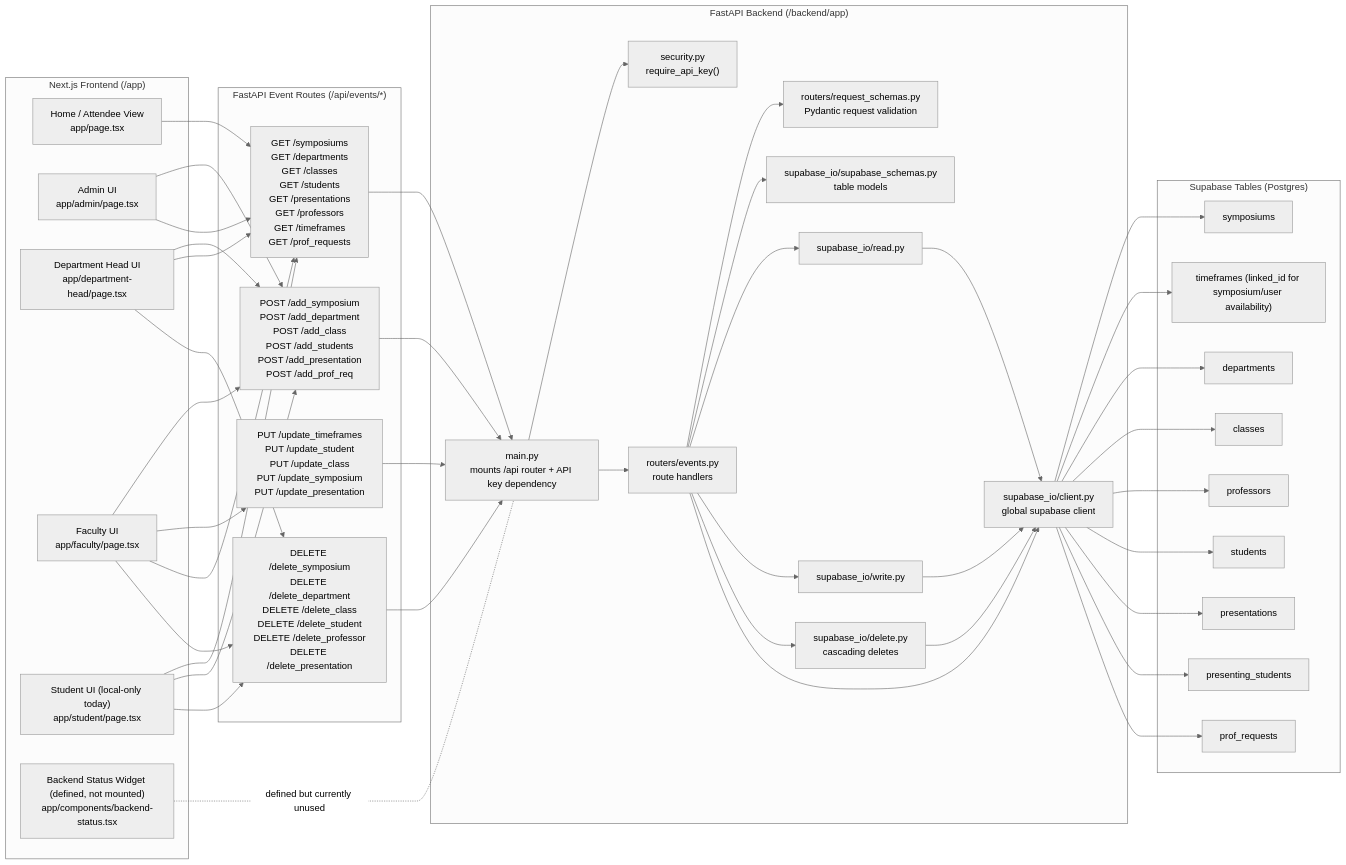
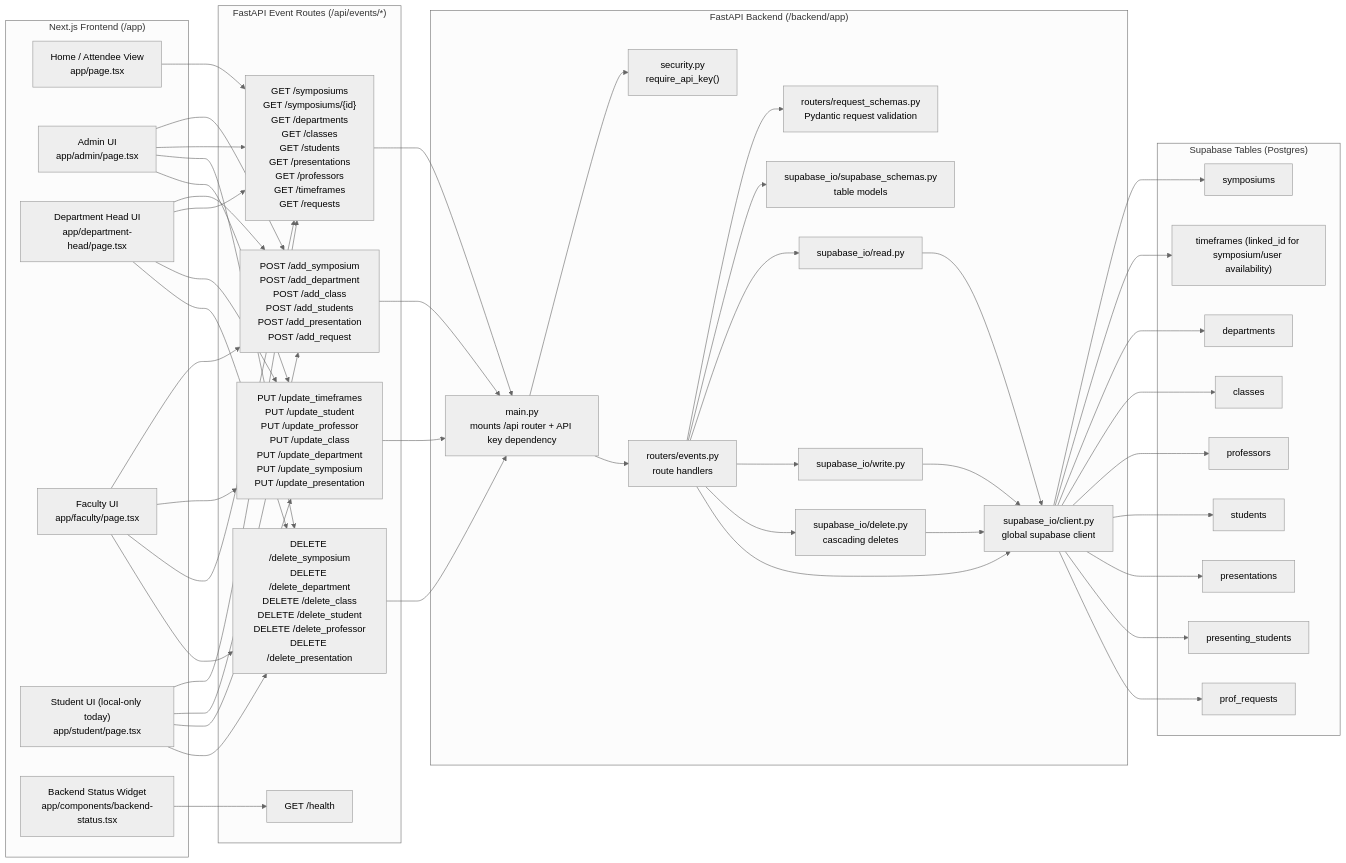
One commit to occscheduler-blip/conference-scheduler changed the diagram in docs/structural_diagram.md. Above: the diagram before and after it, drawn with Mermaid (neutral theme). The commit also changed 2 other files, not shown here.

Commit message:
updated structural diagram and added an image of the database diagram

```diff
--- a/docs/structural_diagram.md
+++ b/docs/structural_diagram.md
@@ -9,14 +9,15 @@
     DeptHead["Department Head UI<br/>app/department-head/page.tsx"]
     Faculty["Faculty UI<br/>app/faculty/page.tsx"]
     Student["Student UI (local-only today)<br/>app/student/page.tsx"]
-    HealthWidget["Backend Status Widget (defined, not mounted)<br/>app/components/backend-status.tsx"]
+    HealthWidget["Backend Status Widget<br/>app/components/backend-status.tsx"]
   end
 
   subgraph EP["FastAPI Event Routes (/api/events/*)"]
-    PAdd["POST /add_symposium<br/>POST /add_department<br/>POST /add_class<br/>POST /add_students<br/>POST /add_presentation<br/>POST /add_prof_req"]
-    PUpd["PUT /update_timeframes<br/>PUT /update_student<br/>PUT /update_class<br/>PUT /update_symposium<br/>PUT /update_presentation"]
-    PGet["GET /symposiums<br/>GET /departments<br/>GET /classes<br/>GET /students<br/>GET /presentations<br/>GET /professors<br/>GET /timeframes<br/>GET /prof_requests"]
+    PAdd["POST /add_symposium<br/>POST /add_department<br/>POST /add_class<br/>POST /add_students<br/>POST /add_presentation<br/>POST /add_request"]
+    PUpd["PUT /update_timeframes<br/>PUT /update_student<br/>PUT /update_professor<br/>PUT /update_class<br/>PUT /update_department<br/>PUT /update_symposium<br/>PUT /update_presentation"]
+    PGet["GET /symposiums<br/>GET /symposiums/{id}<br/>GET /departments<br/>GET /classes<br/>GET /students<br/>GET /presentations<br/>GET /professors<br/>GET /timeframes<br/>GET /requests"]
     PDel["DELETE /delete_symposium<br/>DELETE /delete_department<br/>DELETE /delete_class<br/>DELETE /delete_student<br/>DELETE /delete_professor<br/>DELETE /delete_presentation"]
+    PHealth["GET /health"]
   end
 
   subgraph API["FastAPI Backend (/backend/app)"]
@@ -46,8 +47,11 @@
   Home --> PGet
   Admin --> PAdd
   Admin --> PGet
+  Admin --> PDel
+  Admin --> PUpd
   DeptHead --> PAdd
   DeptHead --> PGet
+  DeptHead --> PUpd
   DeptHead --> PDel
   Faculty --> PAdd
   Faculty --> PUpd
@@ -55,8 +59,9 @@
   Faculty --> PDel
   Student --> PGet
   Student --> PAdd
+  Student --> PUpd
   Student --> PDel
-  HealthWidget -. defined but currently unused .- Main
+  HealthWidget --> PHealth
 
   PAdd --> Main
   PUpd --> Main
```
